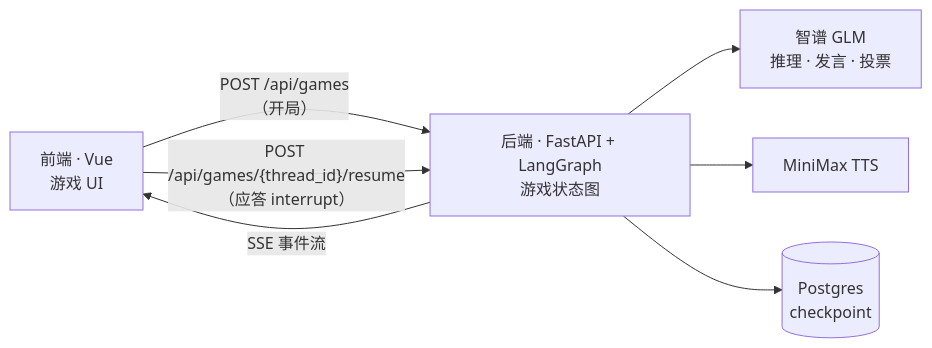
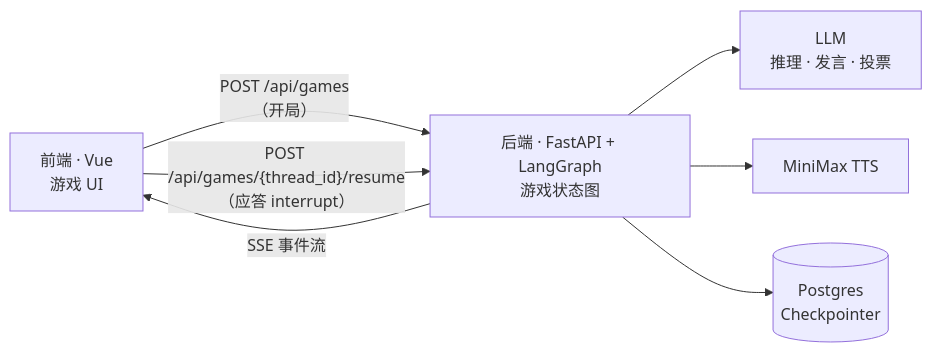
One commit to xvrzhao/who-is-spy changed the first of 2 diagrams in README.md. Above: the diagram before and after it, drawn with Mermaid. The commit also changed other lines of this file and 3 other files, not shown here.

````diff
--- a/README.md
+++ b/README.md
@@ -18,11 +27,11 @@
 ```mermaid
 flowchart LR
     fe["前端 · Vue<br/>游戏 UI"]
     be["后端 · FastAPI + LangGraph<br/>游戏状态图"]
     fe -- "POST /api/games<br/>（开局）" --> be
     fe -- "POST /api/games/{thread_id}/resume<br/>（应答 interrupt）" --> be
     be -- "SSE 事件流" --> fe
-    be --> llm["智谱 GLM<br/>推理 · 发言 · 投票"]
+    be --> llm["LLM<br/>推理 · 发言 · 投票"]
     be --> tts["MiniMax TTS"]
-    be --> pg[("Postgres<br/>checkpoint")]
+    be --> pg[("Postgres<br/>Checkpointer")]
 ```
````
